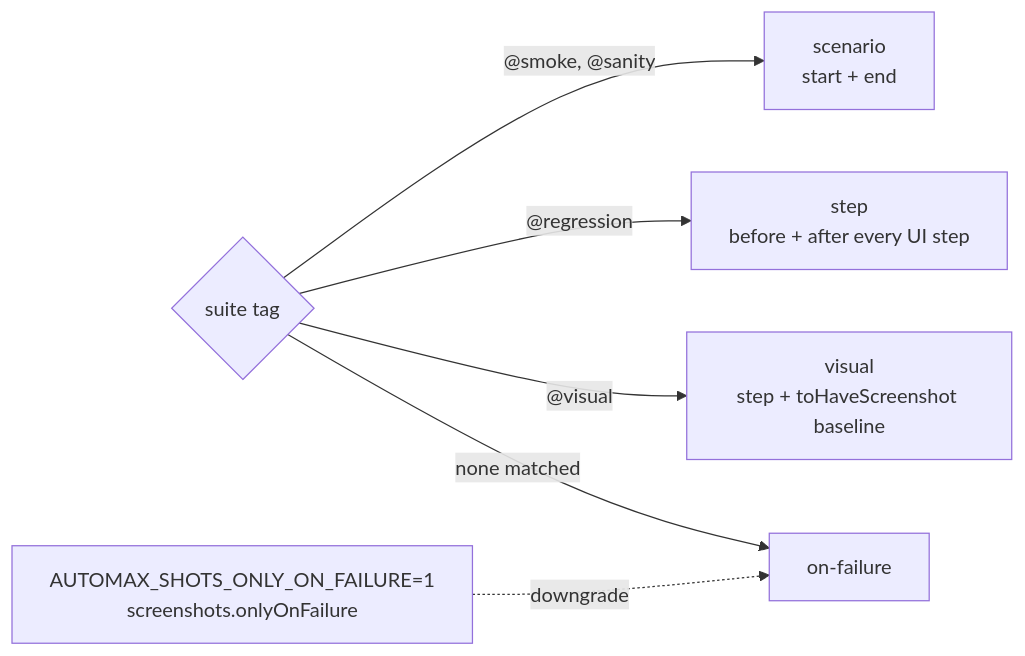
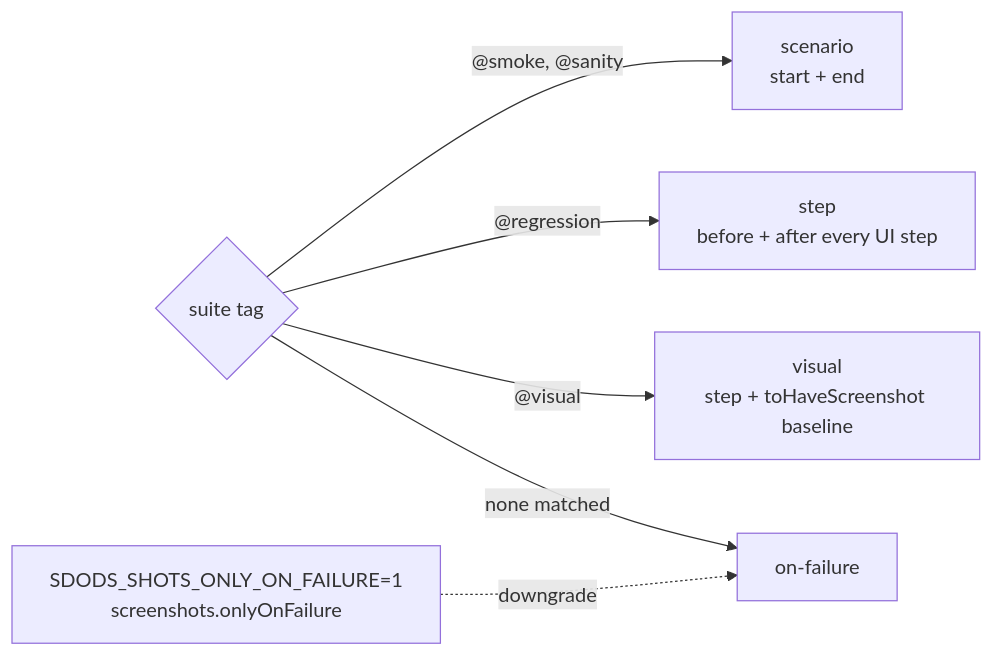
One commit to YarlisAISolutions/SDODS changed the diagram in apps/docs/content/docs/guides/screenshots-and-visual.mdx. Above: the diagram before and after it, drawn with Mermaid. The commit also changed other lines of this file and 466 other files, not shown here.

````diff
--- a/apps/docs/content/docs/guides/screenshots-and-visual.mdx
+++ b/apps/docs/content/docs/guides/screenshots-and-visual.mdx
@@ -13,8 +13,8 @@
 ```mermaid
 flowchart LR
   T{"suite tag"} -->|"@smoke, @sanity"| S["scenario<br/>start + end"]
   T -->|"@regression"| ST["step<br/>before + after every UI step"]
   T -->|"@visual"| V["visual<br/>step + toHaveScreenshot baseline"]
   T -->|"none matched"| F["on-failure"]
-  X["AUTOMAX_SHOTS_ONLY_ON_FAILURE=1<br/>screenshots.onlyOnFailure"] -.->|downgrade| F
+  X["SDODS_SHOTS_ONLY_ON_FAILURE=1<br/>screenshots.onlyOnFailure"] -.->|downgrade| F
 ```
````
